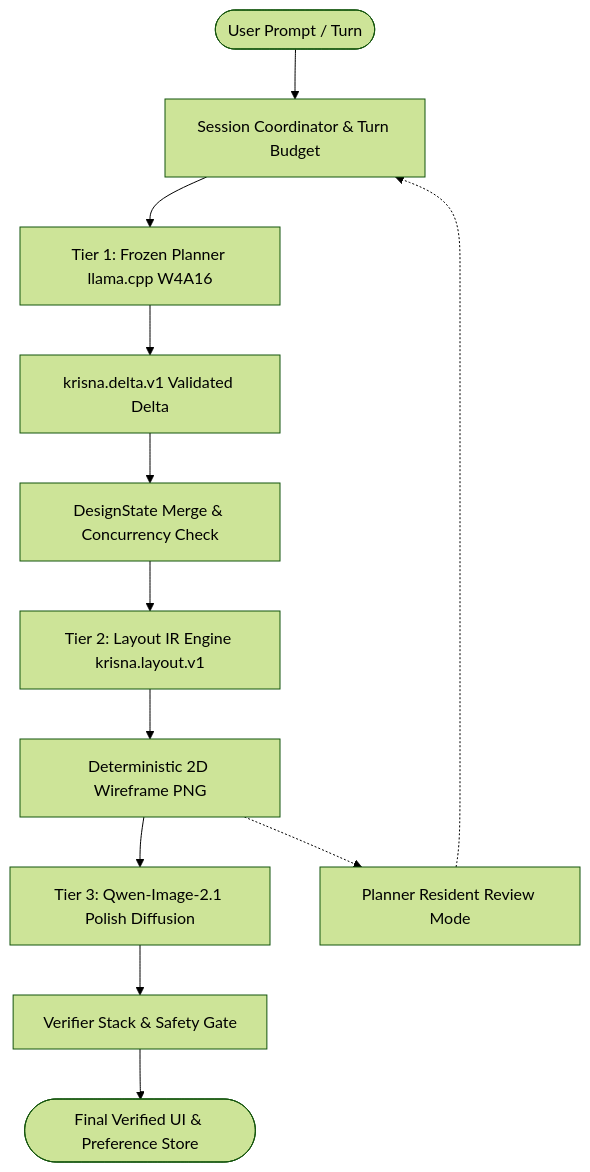
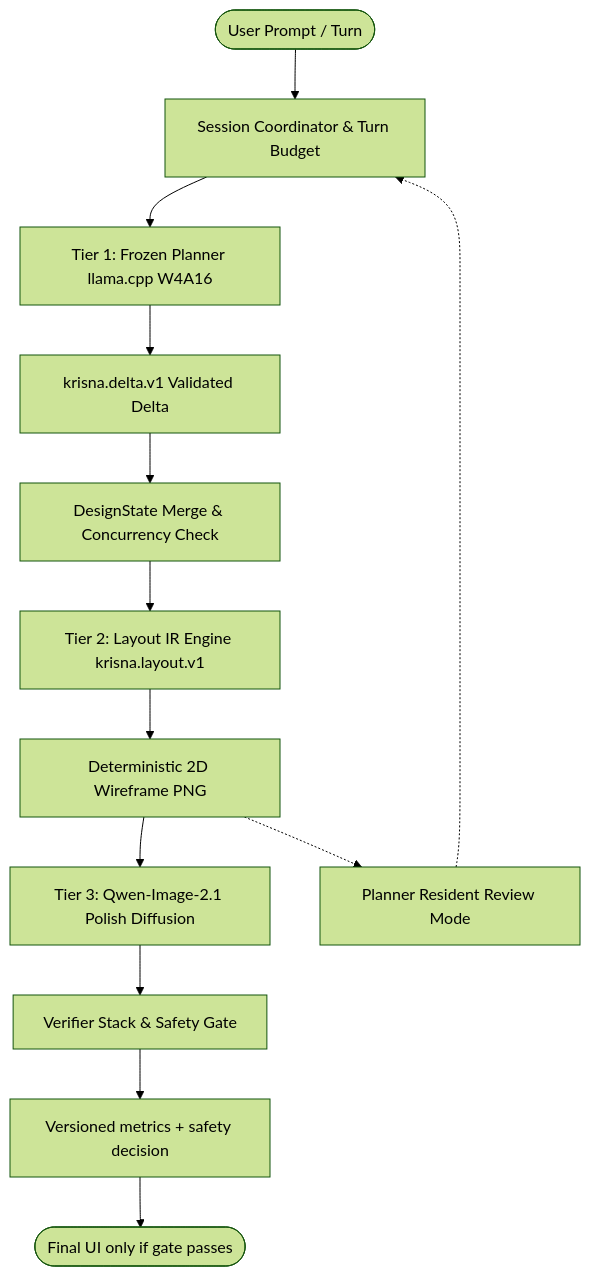
The diagram in docs/RESEARCH_PAPER.md (priyanshu-ogdev/Krisna), drawn with Mermaid (forest theme) before and after one commit. The commit also changed other lines of this file and 14 other files, not shown here.

Commit message:
docs(research): record architecture verdict and upgrade evidence

````diff
--- a/docs/RESEARCH_PAPER.md
+++ b/docs/RESEARCH_PAPER.md
@@ -72,14 +176,15 @@
 ```mermaid
 graph TD
     User([User Prompt / Turn]) --> Coordinator[Session Coordinator & Turn Budget]
     Coordinator --> Planner[Tier 1: Frozen Planner llama.cpp W4A16]
     Planner --> Delta[krisna.delta.v1 Validated Delta]
     Delta --> StateMerge[DesignState Merge & Concurrency Check]
     StateMerge --> LayoutEngine[Tier 2: Layout IR Engine krisna.layout.v1]
     LayoutEngine --> Wireframe[Deterministic 2D Wireframe PNG]
     Wireframe --> Polish[Tier 3: Qwen-Image-2.1 Polish Diffusion]
     Polish --> Verifier[Verifier Stack & Safety Gate]
-    Verifier --> FinalUI([Final Verified UI & Preference Store])
+    Verifier --> Evidence[Versioned metrics + safety decision]
+    Evidence --> FinalUI([Final UI only if gate passes])
     Wireframe -.-> Review[Planner Resident Review Mode]
     Review -.-> Coordinator
 ```
````
